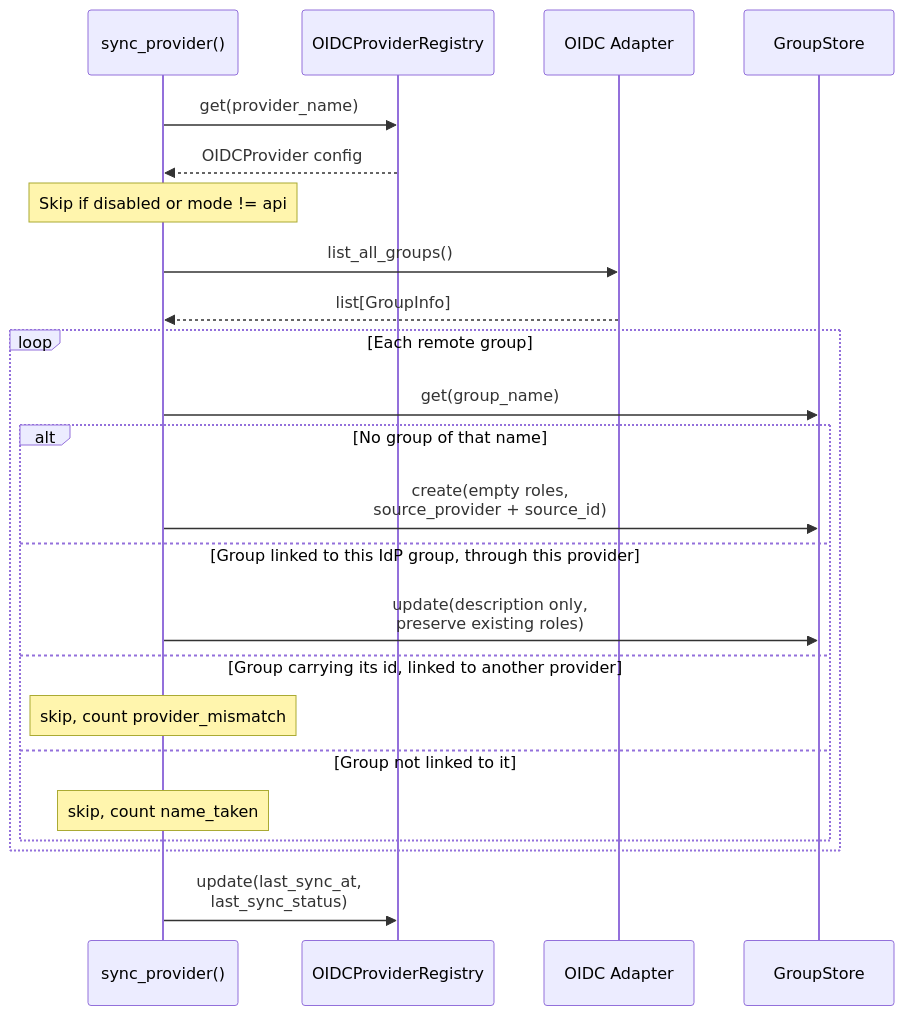
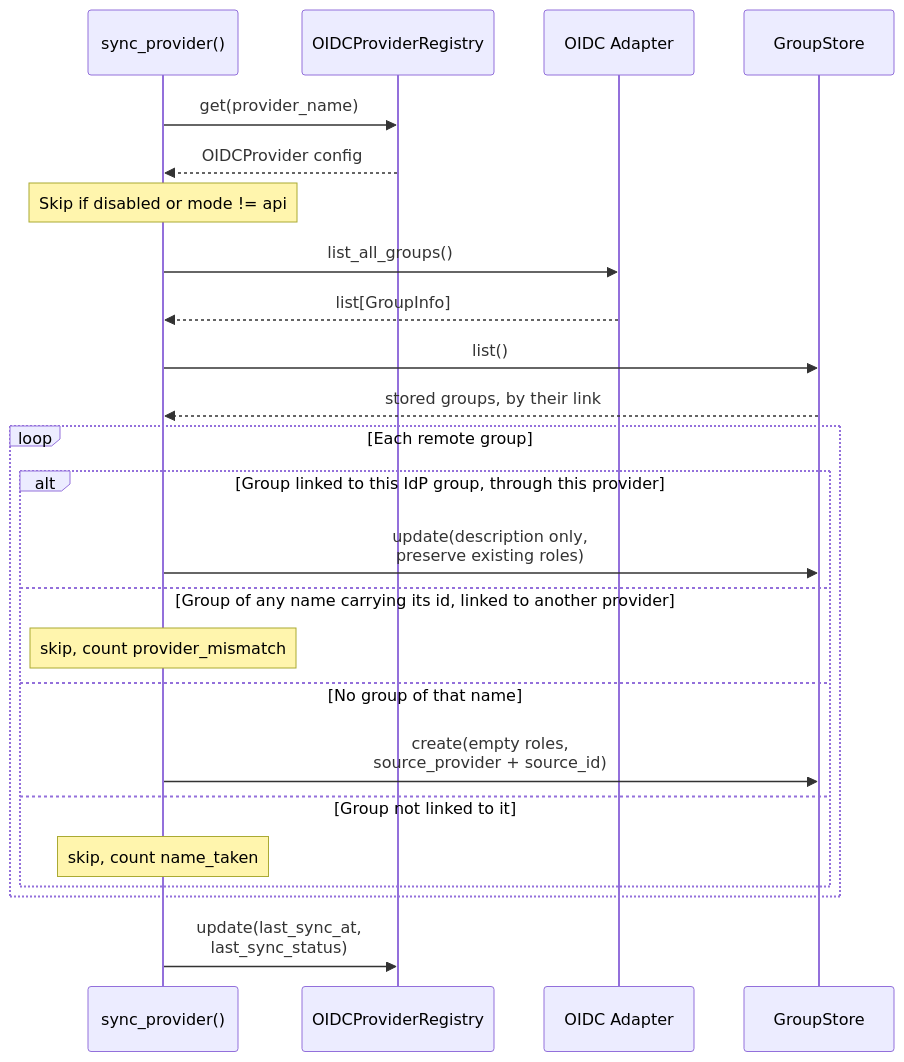
Before and after one commit to hyperi-io/dfe-engine: the seventh of 10 diagrams in docs/control-plane/rbac.md, drawn with Mermaid. The commit also changed other lines of this file and 31 other files, not shown here.

First line of the commit message:
fix: let the groups API set a group's IdP link (#844)

````diff
--- a/docs/control-plane/rbac.md
+++ b/docs/control-plane/rbac.md
@@ -613,29 +630,31 @@
 ```mermaid
 sequenceDiagram
     participant Sync as sync_provider()
     participant Reg as OIDCProviderRegistry
     participant Adapter as OIDC Adapter
     participant GS as GroupStore
 
     Sync->>Reg: get(provider_name)
     Reg-->>Sync: OIDCProvider config
     Note over Sync: Skip if disabled or mode != api
 
     Sync->>Adapter: list_all_groups()
     Adapter-->>Sync: list[GroupInfo]
 
+    Sync->>GS: list()
+    GS-->>Sync: stored groups, by their link
+
     loop Each remote group
-        Sync->>GS: get(group_name)
-        alt No group of that name
+        alt Group linked to this IdP group, through this provider
+            Sync->>GS: update(description only,<br/>preserve existing roles)
+        else Group of any name carrying its id, linked to another provider
+            Note over Sync: skip, count provider_mismatch
+        else No group of that name
             Sync->>GS: create(empty roles,<br/>source_provider + source_id)
-        else Group linked to this IdP group, through this provider
-            Sync->>GS: update(description only,<br/>preserve existing roles)
-        else Group carrying its id, linked to another provider
-            Note over Sync: skip, count provider_mismatch
         else Group not linked to it
             Note over Sync: skip, count name_taken
         end
     end
 
     Sync->>Reg: update(last_sync_at,<br/>last_sync_status)
 ```
````
